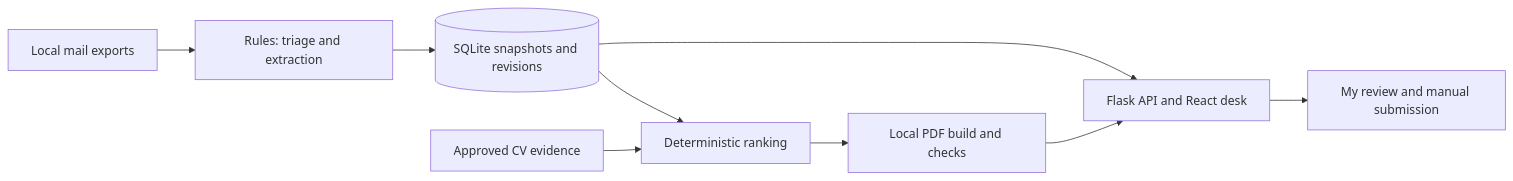
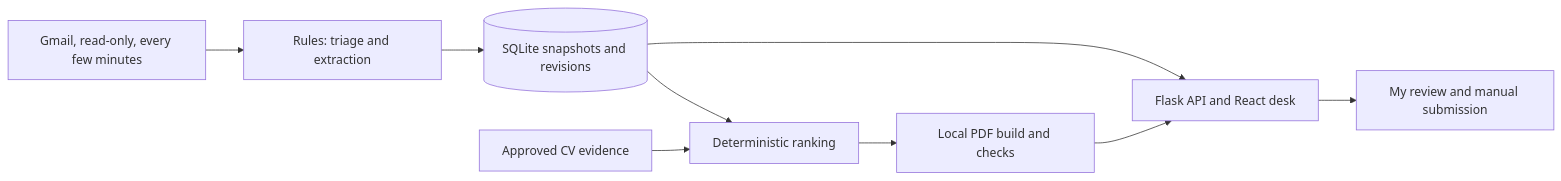
One commit to f20230125-sudo/inbound changed the diagram in README.md. Above: the diagram before and after it, drawn with Mermaid. The commit also changed other lines of this file and 12 other files, not shown here.

First line of the commit message:
M9: live Gmail read-only sync with automatic triage and extraction

````diff
--- a/README.md
+++ b/README.md
@@ -30,11 +33,11 @@
 ```mermaid
 flowchart LR
-    A[Local mail exports] --> B[Rules: triage and extraction]
+    A[Gmail, read-only, every few minutes] --> B[Rules: triage and extraction]
     B --> C[(SQLite snapshots and revisions)]
     C --> D[Deterministic ranking]
     E[Approved CV evidence] --> D
     D --> F[Local PDF build and checks]
     C --> G[Flask API and React desk]
     F --> G
     G --> H[My review and manual submission]
 ```
````
